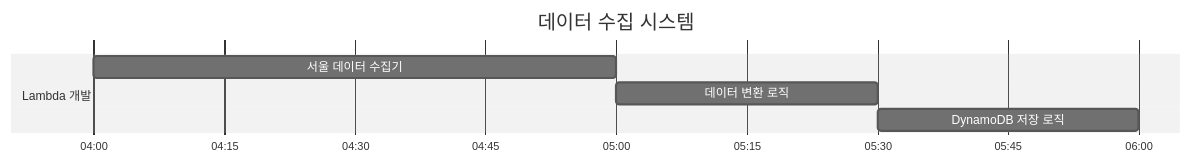
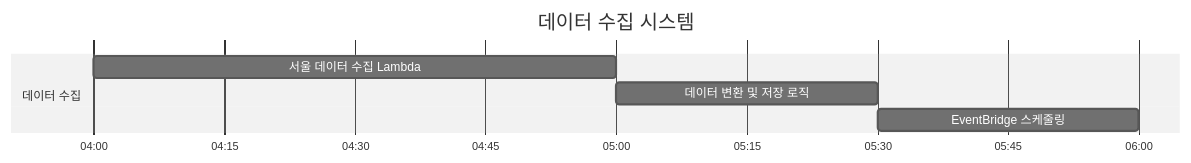
The fourth of 7 diagrams in backend/README.md (qurious-aws-hackathon/team22-aws-hackathon), drawn with Mermaid (neutral theme) before and after one commit. The commit also changed other lines of this file and 2 other files, not shown here.

````diff
--- a/backend/README.md
+++ b/backend/README.md
@@ -145,11 +188,11 @@
 ```mermaid
 gantt
     title 데이터 수집 시스템
     dateFormat HH:mm
     axisFormat %H:%M
     
-    section Lambda 개발
-    서울 데이터 수집기           :lambda1, 04:00, 05:00
-    데이터 변환 로직            :lambda2, 05:00, 05:30
-    DynamoDB 저장 로직          :lambda3, 05:30, 06:00
+    section 데이터 수집
+    서울 데이터 수집 Lambda      :lambda1, 04:00, 05:00
+    데이터 변환 및 저장 로직      :lambda2, 05:00, 05:30
+    EventBridge 스케줄링        :lambda3, 05:30, 06:00
 ```
````
